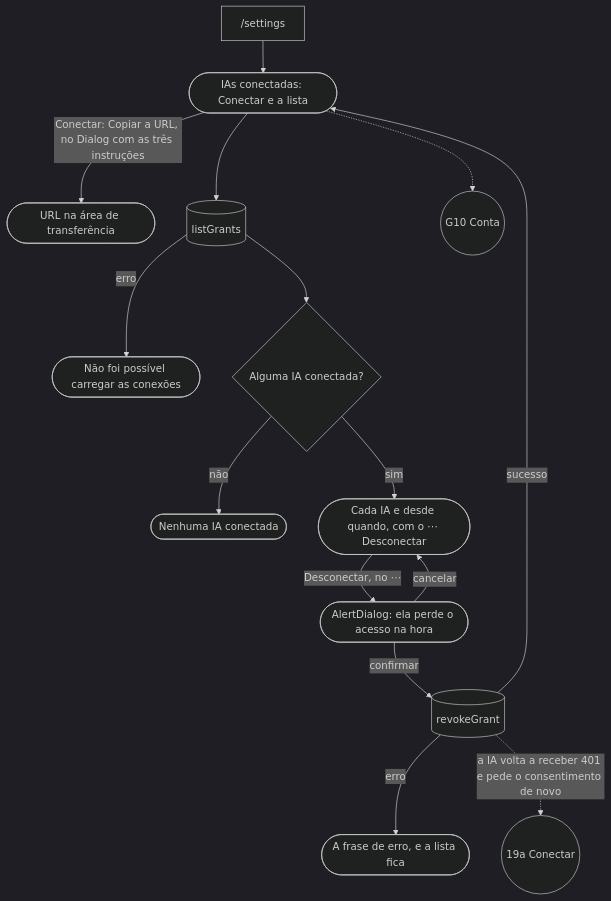
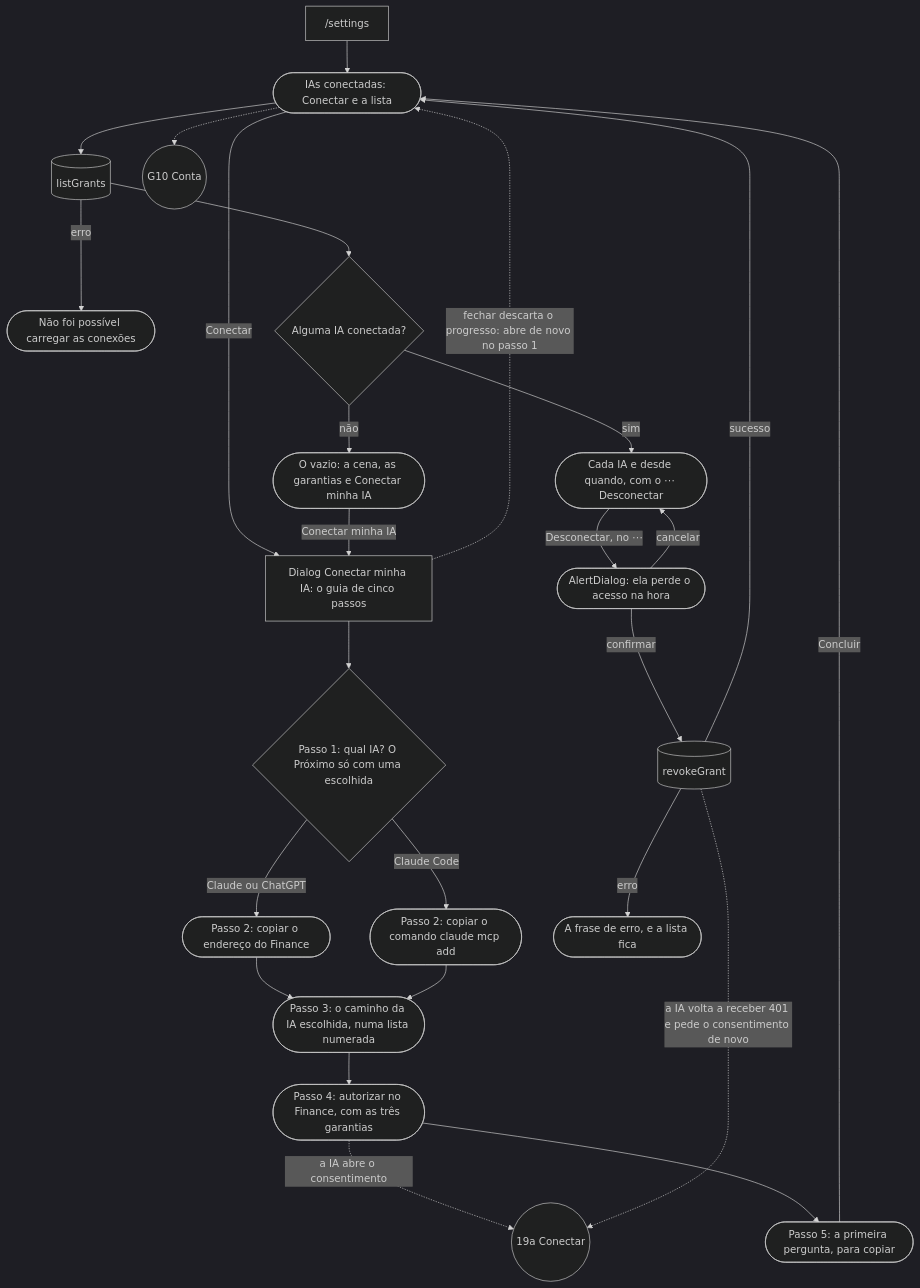
Diagram 31 of 31 in docs/JORNADAS.md (kauax2000/finance_app), drawn with Mermaid before and after one commit. The commit also changed other lines of this file and 6 other files, not shown here.

Commit message:
feat(configuracoes): conectar a IA vira um guia de cinco passos

````diff
--- a/docs/JORNADAS.md
+++ b/docs/JORNADAS.md
@@ -2065,18 +2065,29 @@
 ```mermaid
 %%{init: {"theme": "dark"}}%%
 flowchart TD
     account["/settings"] --> ias(["IAs conectadas: Conectar e a lista"])
-    ias -->|"Conectar: Copiar a URL, no Dialog com as três instruções"| copiado(["URL na área de transferência"])
+    ias -->|"Conectar"| guia["Dialog Conectar minha IA: o guia de cinco passos"]
+    guia --> escolha{"Passo 1: qual IA? O Próximo só com uma escolhida"}
+    escolha -->|"Claude ou ChatGPT"| urlFinance(["Passo 2: copiar o endereço do Finance"])
+    escolha -->|"Claude Code"| comando(["Passo 2: copiar o comando claude mcp add"])
+    urlFinance --> caminho(["Passo 3: o caminho da IA escolhida, numa lista numerada"])
+    comando --> caminho
+    caminho --> autoriza(["Passo 4: autorizar no Finance, com as três garantias"])
+    autoriza -.->|"a IA abre o consentimento"| G19a(("19a Conectar"))
+    autoriza --> primeira(["Passo 5: a primeira pergunta, para copiar"])
+    primeira -->|"Concluir"| ias
+    guia -.->|"fechar descarta o progresso: abre de novo no passo 1"| ias
     ias --> grants[("listGrants")]
     grants -->|"erro"| erroLista(["Não foi possível carregar as conexões"])
     grants --> lista{"Alguma IA conectada?"}
-    lista -->|"não"| vazio(["Nenhuma IA conectada"])
+    lista -->|"não"| vazio(["O vazio: a cena, as garantias e Conectar minha IA"])
+    vazio -->|"Conectar minha IA"| guia
     lista -->|"sim"| linha(["Cada IA e desde quando, com o ⋯ Desconectar"])
     linha -->|"Desconectar, no ⋯"| confirma(["AlertDialog: ela perde o acesso na hora"])
     confirma -->|"cancelar"| linha
     confirma -->|"confirmar"| revogar[("revokeGrant")]
     revogar -->|"erro"| erroRevoga(["A frase de erro, e a lista fica"])
     revogar -->|"sucesso"| ias
     revogar -.->|"a IA volta a receber 401 e pede o consentimento de novo"| G19a(("19a Conectar"))
     ias -.-> G10(("G10 Conta"))
 ```
````
